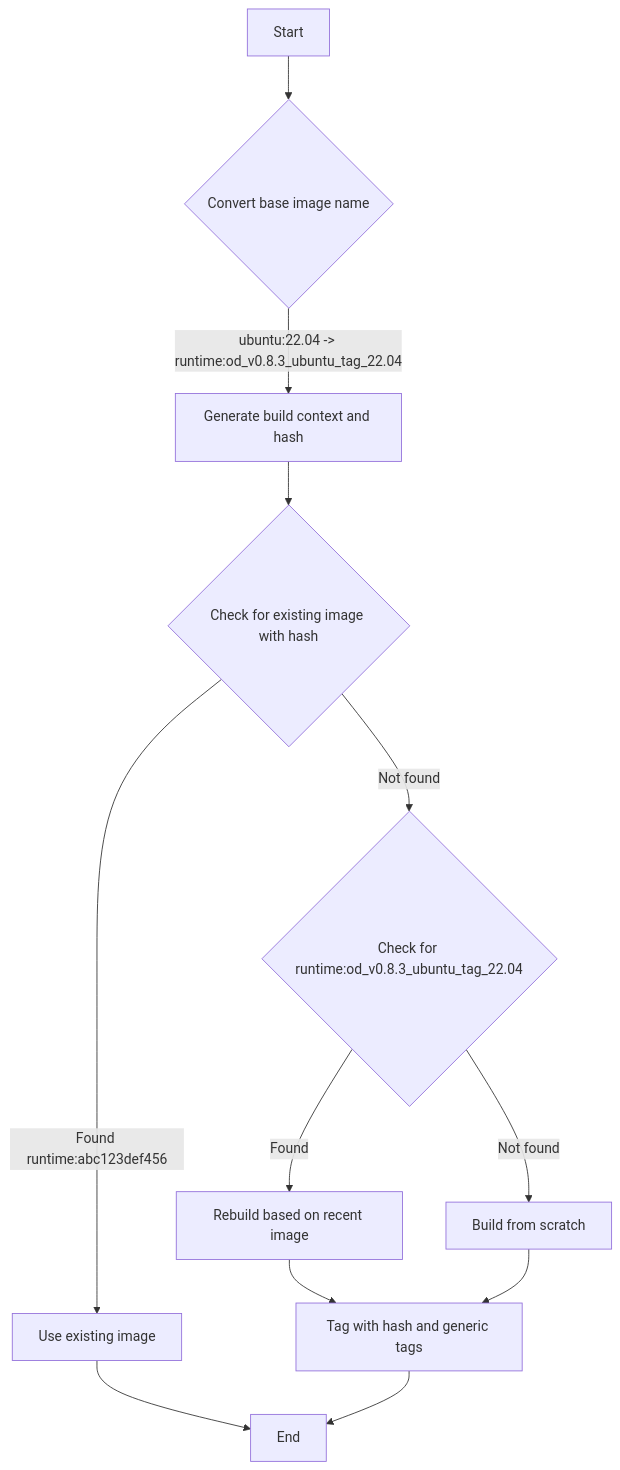
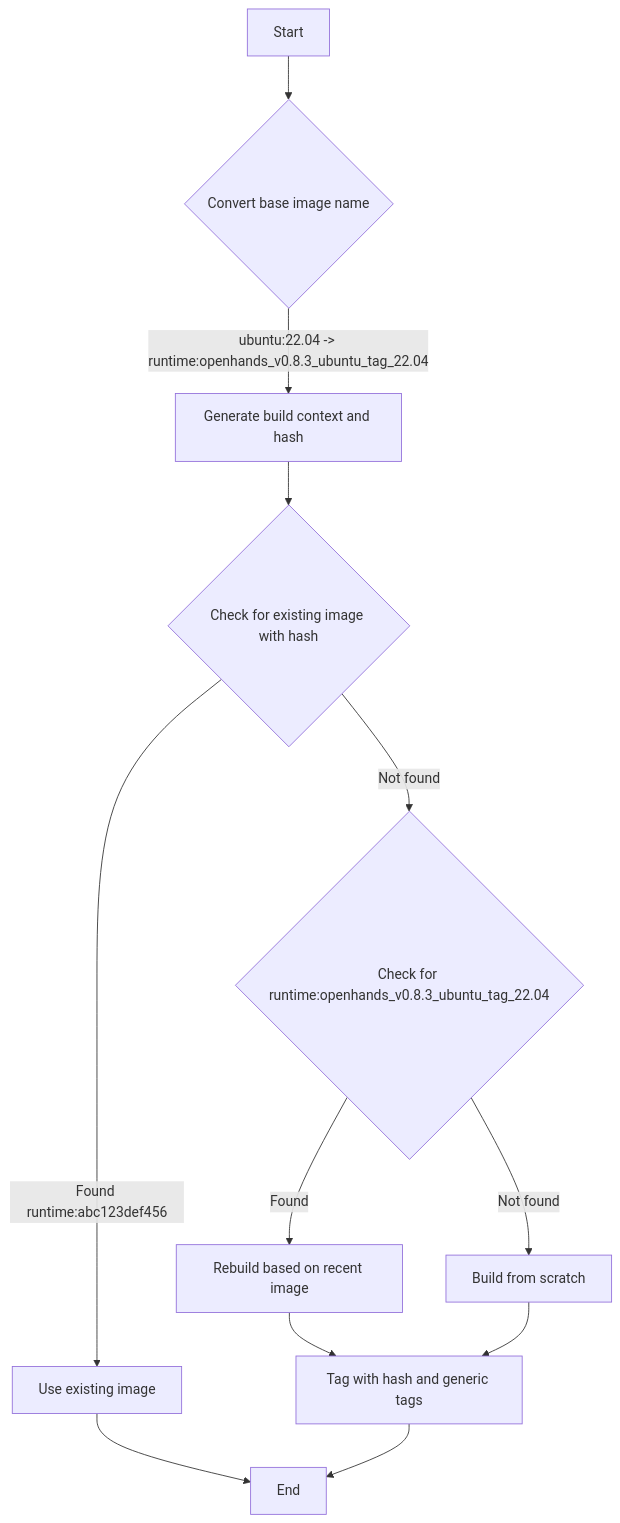
One commit to All-Hands-AI/OpenHands changed the second of 2 diagrams in docs/modules/usage/architecture/runtime.md. Above: the diagram before and after it, drawn with Mermaid. The commit also changed other lines of this file and 39 other files, not shown here.

````diff
--- a/docs/modules/usage/architecture/runtime.md
+++ b/docs/modules/usage/architecture/runtime.md
@@ -135,14 +135,14 @@
 ```mermaid
 flowchart TD
     A[Start] --> B{Convert base image name}
-    B --> |ubuntu:22.04 -> runtime:od_v0.8.3_ubuntu_tag_22.04| C[Generate build context and hash]
+    B --> |ubuntu:22.04 -> runtime:openhands_v0.8.3_ubuntu_tag_22.04| C[Generate build context and hash]
     C --> D{Check for existing image with hash}
     D -->|Found runtime:abc123def456| E[Use existing image]
-    D -->|Not found| F{Check for runtime:od_v0.8.3_ubuntu_tag_22.04}
+    D -->|Not found| F{Check for runtime:openhands_v0.8.3_ubuntu_tag_22.04}
     F -->|Found| G[Rebuild based on recent image]
     F -->|Not found| H[Build from scratch]
     G --> I[Tag with hash and generic tags]
     H --> I
     E --> J[End]
     I --> J
 ```
````
